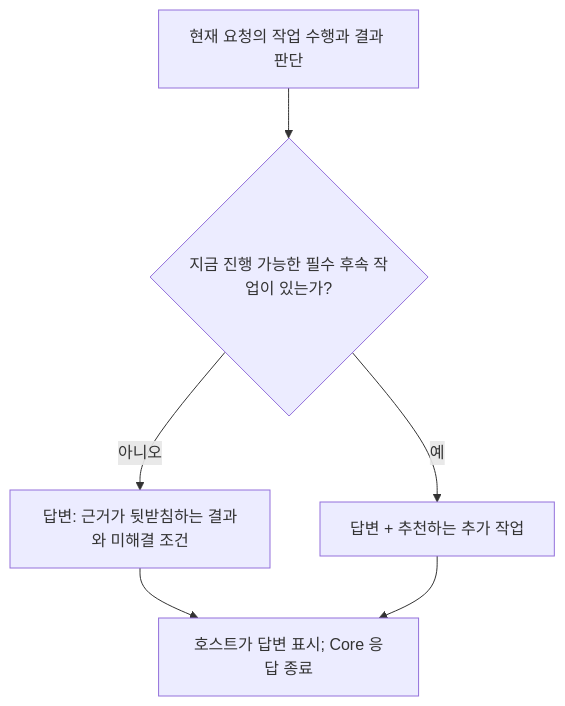
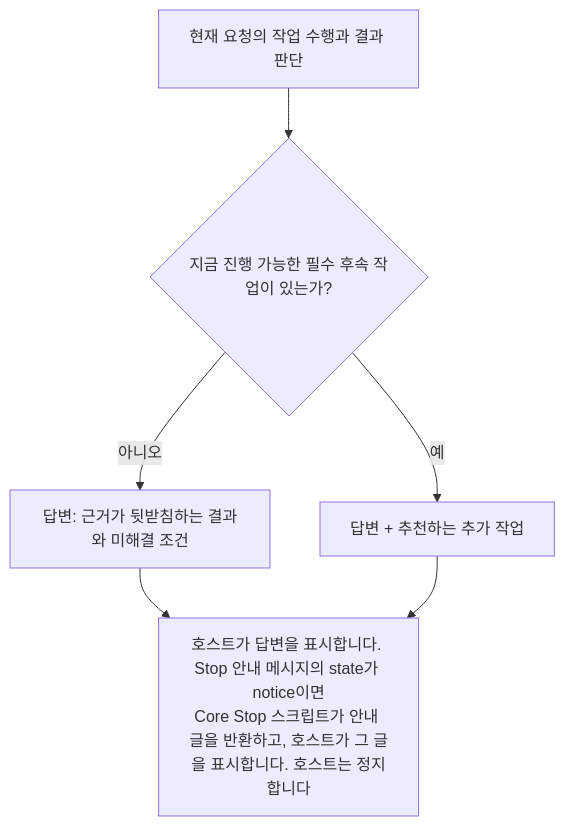
Before and after one commit to AidALL/ghost-alice: the fifth of 7 diagrams in architecture_ko.md, drawn with Mermaid. The commit also changed other lines of this file and 30 other files, not shown here.

````diff
--- a/architecture_ko.md
+++ b/architecture_ko.md
@@ -128,8 +168,8 @@
 ```mermaid
 flowchart TD
   R["현재 요청의 작업 수행과 결과 판단"] --> N{"지금 진행 가능한 필수 후속 작업이 있는가?"}
   N -->|아니오| A["답변: 근거가 뒷받침하는 결과와 미해결 조건"]
   N -->|예| B["답변 + 추천하는 추가 작업"]
-  A --> D["호스트가 답변 표시; Core 응답 종료"]
+  A --> D["호스트가 답변을 표시합니다. Stop 안내 메시지의 state가 notice이면<br/>Core Stop 스크립트가 안내 글을 반환하고, 호스트가 그 글을 표시합니다. 호스트는 정지합니다"]
   B --> D
 ```
````
